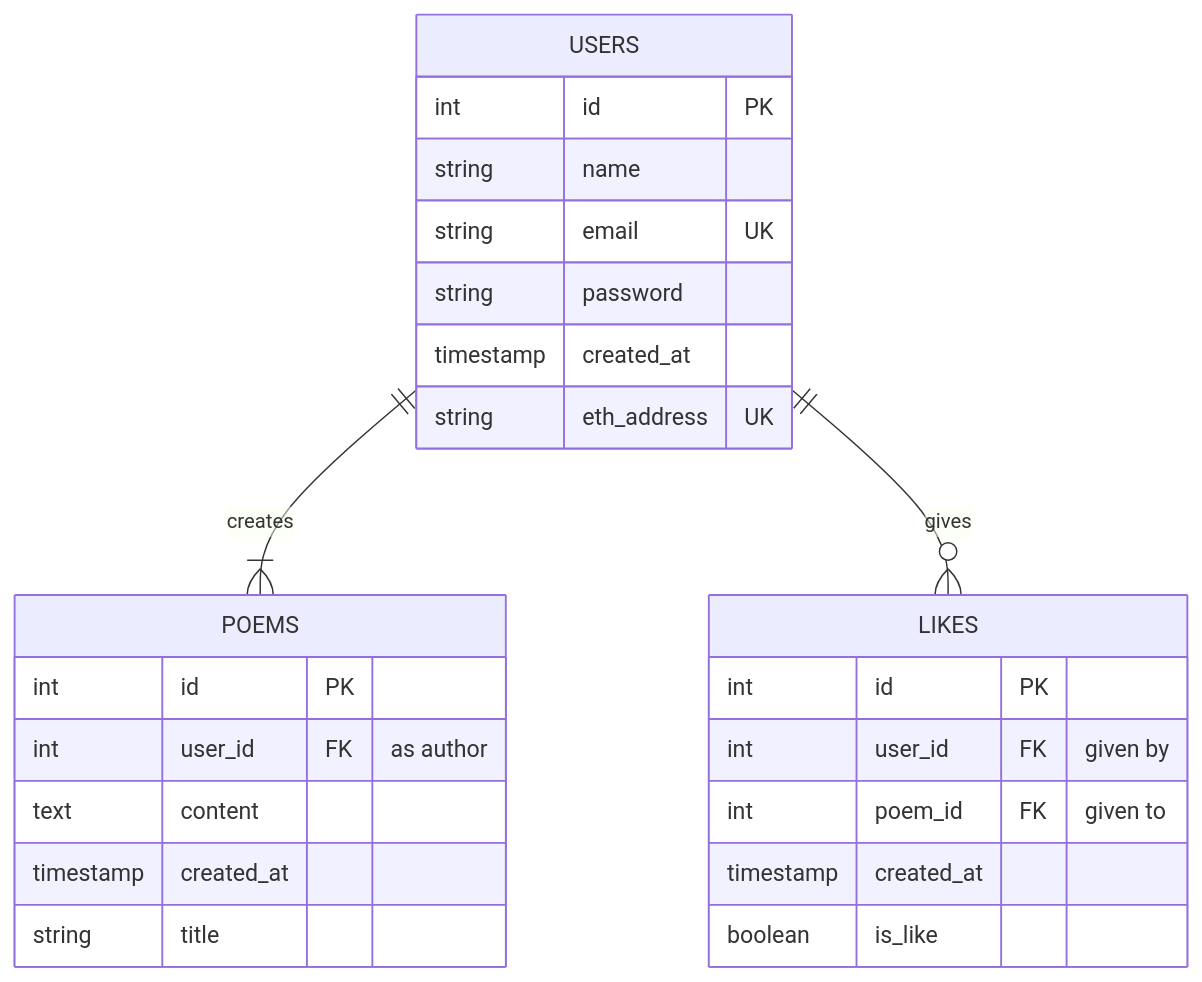
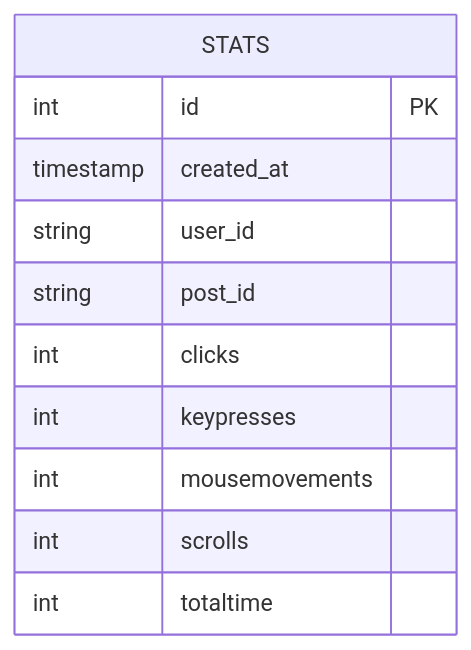
Before and after one commit to arnonrdp/Stats-API: the diagram in README.md, drawn with Mermaid.

Commit message:
Refactor database schema for STATS table

````diff
--- a/README.md
+++ b/README.md
@@ -26,27 +26,14 @@
 ```mermaid
 erDiagram
-    USERS ||--|{ POEMS : creates
-    USERS ||--o{ LIKES : gives
-    USERS {
+    STATS {
         int id PK
-        string name
-        string email UK
-        string password
         timestamp created_at
-        string eth_address UK
-    }
-    POEMS {
-        int id PK
-        int user_id FK "as author"
-        text content
-        timestamp created_at
-        string title
-    }
-    LIKES {
-        int id PK
-        int user_id FK "given by"
-        int poem_id FK "given to"
-        timestamp created_at
-        boolean is_like
+        string user_id
+        string post_id
+        int clicks
+        int keypresses
+        int mousemovements
+        int scrolls
+        int totaltime
     }
 ```
````
